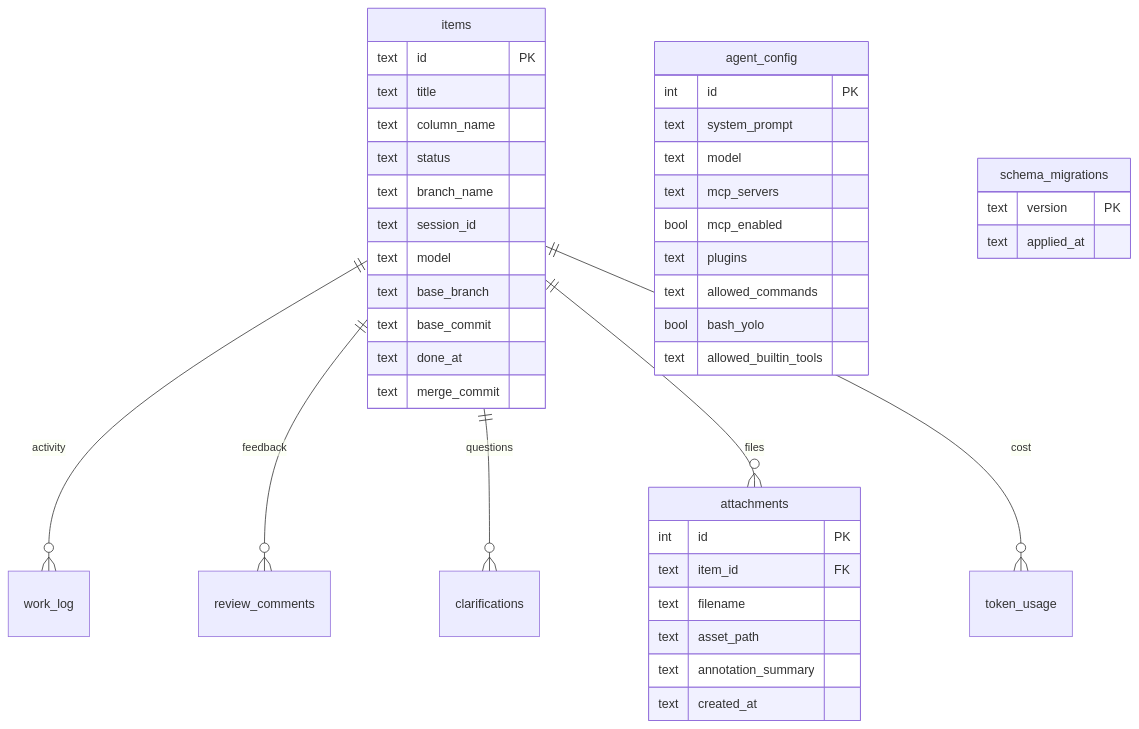
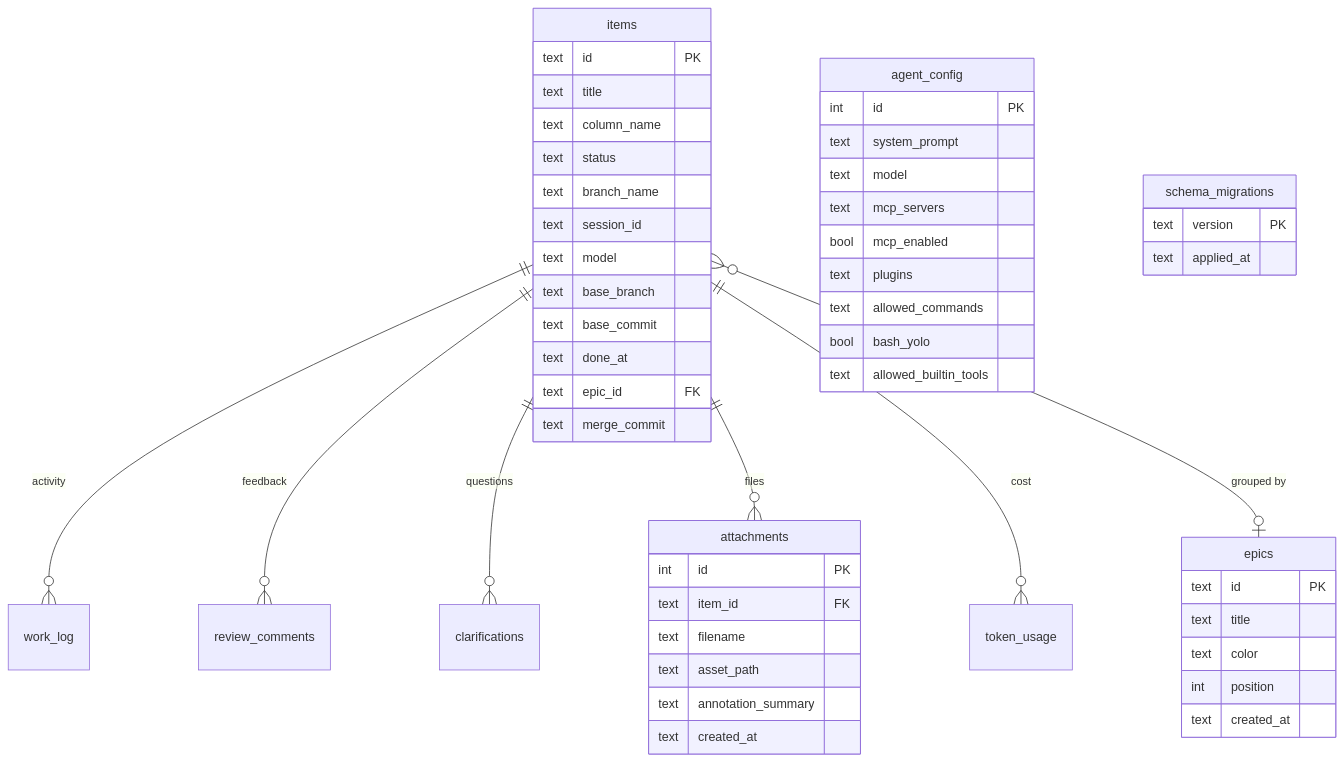
The fourth of 4 diagrams in CLAUDE.md (epatel/claude-agents-dashboard), drawn with Mermaid before and after one commit. The commit also changed other lines of this file, not shown here.

Commit message:
docs: update CLAUDE.md for epic grouping feature

````diff
--- a/CLAUDE.md
+++ b/CLAUDE.md
@@ -281,48 +283,58 @@
 ```mermaid
 erDiagram
     items ||--o{ work_log : "activity"
     items ||--o{ review_comments : "feedback"
     items ||--o{ clarifications : "questions"
     items ||--o{ attachments : "files"
     items ||--o{ token_usage : "cost"
+    items }o--o| epics : "grouped by"
 
     items {
         text id PK
         text title
         text column_name
         text status
         text branch_name
         text session_id
         text model
         text base_branch
         text base_commit
         text done_at
+        text epic_id FK
         text merge_commit
     }
 
     agent_config {
         int id PK
         text system_prompt
         text model
         text mcp_servers
         bool mcp_enabled
         text plugins
         text allowed_commands
         bool bash_yolo
         text allowed_builtin_tools
     }
 
     attachments {
         int id PK
         text item_id FK
         text filename
         text asset_path
         text annotation_summary
         text created_at
     }
 
+    epics {
+        text id PK
+        text title
+        text color
+        int position
+        text created_at
+    }
+
     schema_migrations {
         text version PK
         text applied_at
     }
 ```
````
